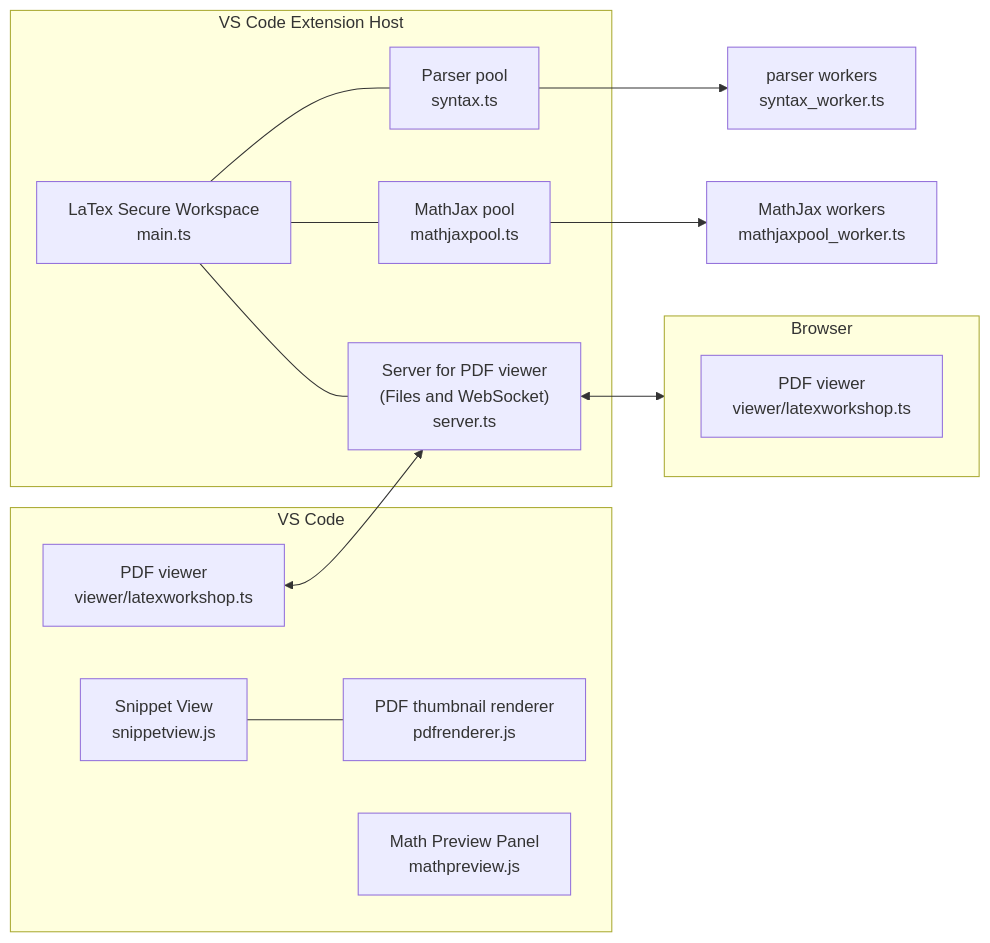
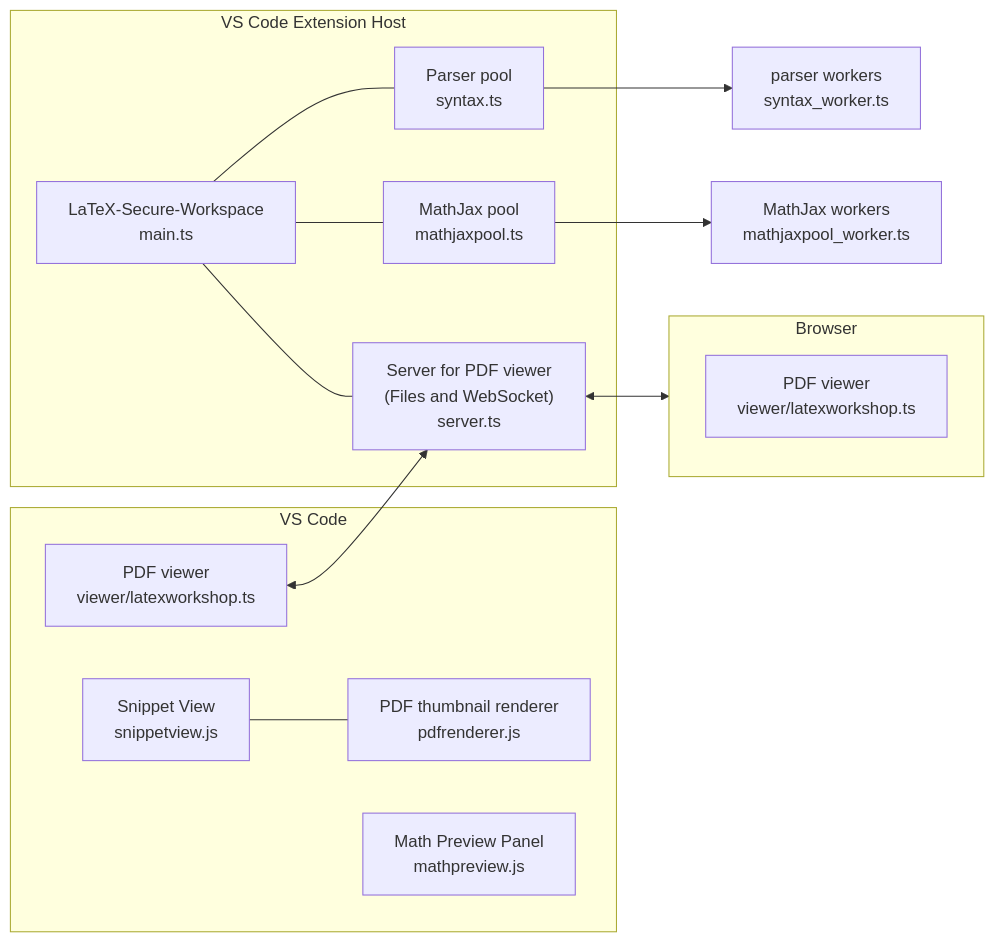
Before and after one commit to James-Yu/LaTeX-Workshop: the first of 2 diagrams in src/README.md, drawn with Mermaid. The commit also changed other lines of this file and 29 other files, not shown here.

Commit message:
chore: align branding with LaTeX-Secure-Workspace

````diff
--- a/src/README.md
+++ b/src/README.md
@@ -33,32 +33,32 @@
 ```mermaid
 flowchart LR
   subgraph VSCode["VS Code"]
     PDFViewer["PDF viewer\n viewer/latexworkshop.ts"]
     SnippetView["Snippet View\n snippetview.js"] --- PDFRenderer["PDF thumbnail renderer\n pdfrenderer.js"]
     MathPreview["Math Preview Panel\n mathpreview.js"]
   end
   subgraph ExtensionHost["VS Code Extension Host"]
-    LW["LaTex Secure Workspace\n main.ts"]
+    LW["LaTeX-Secure-Workspace\n main.ts"]
     LW --- Server["Server for PDF viewer \n(Files and WebSocket)\n server.ts "];
     LW --- ParserPool["Parser pool\n syntax.ts"]
     LW --- MathJaxPool["MathJax pool\n mathjaxpool.ts"]
   end
   PDFViewer <--> Server
   Server <--> Browser
   subgraph Browser
     PDFViewerB["PDF viewer\n viewer/latexworkshop.ts"]
   end
   ParserPool --> ParserWorkers["parser workers\n syntax_worker.ts"]
   MathJaxPool --> MathJaxWorkers["MathJax workers\n mathjaxpool_worker.ts "]
   click PDFViewer "https://github.com/James-Yu/LaTeX-Workshop/blob/master/viewer/latexworkshop.ts"
   click PDFViewerB "https://github.com/James-Yu/LaTeX-Workshop/blob/master/viewer/latexworkshop.ts"
   click SnippetView "https://github.com/James-Yu/LaTeX-Workshop/blob/master/resources/snippetview/snippetview.js"
   click PDFRenderer "https://github.com/James-Yu/LaTeX-Workshop/blob/master/resources/snippetview/pdfrenderer.js"
   click MathPreview "https://github.com/James-Yu/LaTeX-Workshop/blob/master/resources/mathpreviewpanel/mathpreview.js"
   click LW "https://github.com/James-Yu/LaTeX-Workshop/blob/master/src/main.ts"
   click Server "https://github.com/James-Yu/LaTeX-Workshop/blob/master/src/components/server.ts"
   click ParserPool "https://github.com/James-Yu/LaTeX-Workshop/blob/master/src/components/parser/syntax.ts"
   click MathJaxPool "https://github.com/James-Yu/LaTeX-Workshop/blob/master/src/providers/preview/mathjaxpool.ts"
   click ParserWorkers "https://github.com/James-Yu/LaTeX-Workshop/blob/master/src/components/parser/syntax_worker.ts"
   click MathJaxWorkers "https://github.com/James-Yu/LaTeX-Workshop/blob/master/src/providers/preview/mathjaxpool_worker.ts"
 ```
````
